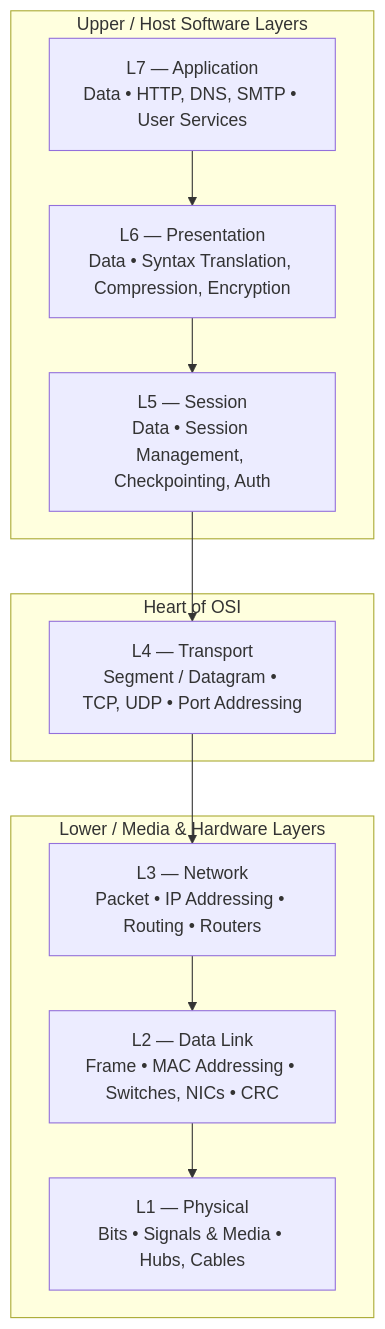
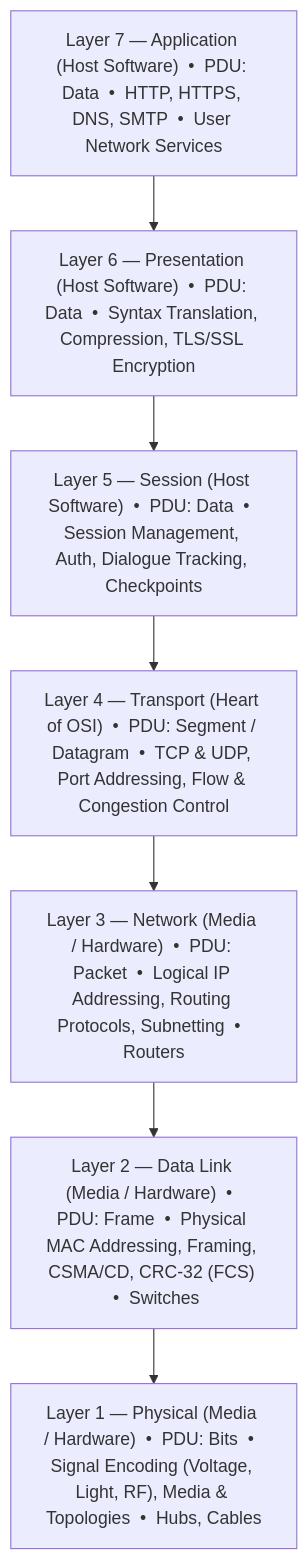
The first of 5 diagrams in 03-Computer-Networks/OSI-Model-7-Layers.md (rohithgowda18/Notes), drawn with Mermaid before and after one commit.

Commit message:
style: stretch 7-layer architecture diagram horizontally with wide compact cards

````diff
--- a/03-Computer-Networks/OSI-Model-7-Layers.md
+++ b/03-Computer-Networks/OSI-Model-7-Layers.md
@@ -36,20 +36,12 @@
 ```mermaid
 flowchart TD
-    subgraph Host["Upper / Host Software Layers"]
-        L7["L7 — Application<br/>Data • HTTP, DNS, SMTP • User Services"]
-        L6["L6 — Presentation<br/>Data • Syntax Translation, Compression, Encryption"]
-        L5["L5 — Session<br/>Data • Session Management, Checkpointing, Auth"]
-    end
-
-    subgraph TransportSec["Heart of OSI"]
-        L4["L4 — Transport<br/>Segment / Datagram • TCP, UDP • Port Addressing"]
-    end
-
-    subgraph Media["Lower / Media & Hardware Layers"]
-        L3["L3 — Network<br/>Packet • IP Addressing • Routing • Routers"]
-        L2["L2 — Data Link<br/>Frame • MAC Addressing • Switches, NICs • CRC"]
-        L1["L1 — Physical<br/>Bits • Signals & Media • Hubs, Cables"]
-    end
+    L7["Layer 7 — Application (Host Software) &nbsp;•&nbsp; PDU: Data &nbsp;•&nbsp; HTTP, HTTPS, DNS, SMTP &nbsp;•&nbsp; User Network Services"]
+    L6["Layer 6 — Presentation (Host Software) &nbsp;•&nbsp; PDU: Data &nbsp;•&nbsp; Syntax Translation, Compression, TLS/SSL Encryption"]
+    L5["Layer 5 — Session (Host Software) &nbsp;•&nbsp; PDU: Data &nbsp;•&nbsp; Session Management, Auth, Dialogue Tracking, Checkpoints"]
+    L4["Layer 4 — Transport (Heart of OSI) &nbsp;•&nbsp; PDU: Segment / Datagram &nbsp;•&nbsp; TCP & UDP, Port Addressing, Flow & Congestion Control"]
+    L3["Layer 3 — Network (Media / Hardware) &nbsp;•&nbsp; PDU: Packet &nbsp;•&nbsp; Logical IP Addressing, Routing Protocols, Subnetting &nbsp;•&nbsp; Routers"]
+    L2["Layer 2 — Data Link (Media / Hardware) &nbsp;•&nbsp; PDU: Frame &nbsp;•&nbsp; Physical MAC Addressing, Framing, CSMA/CD, CRC-32 (FCS) &nbsp;•&nbsp; Switches"]
+    L1["Layer 1 — Physical (Media / Hardware) &nbsp;•&nbsp; PDU: Bits &nbsp;•&nbsp; Signal Encoding (Voltage, Light, RF), Media & Topologies &nbsp;•&nbsp; Hubs, Cables"]
 
     L7 --> L6 --> L5 --> L4 --> L3 --> L2 --> L1
 ```
````
